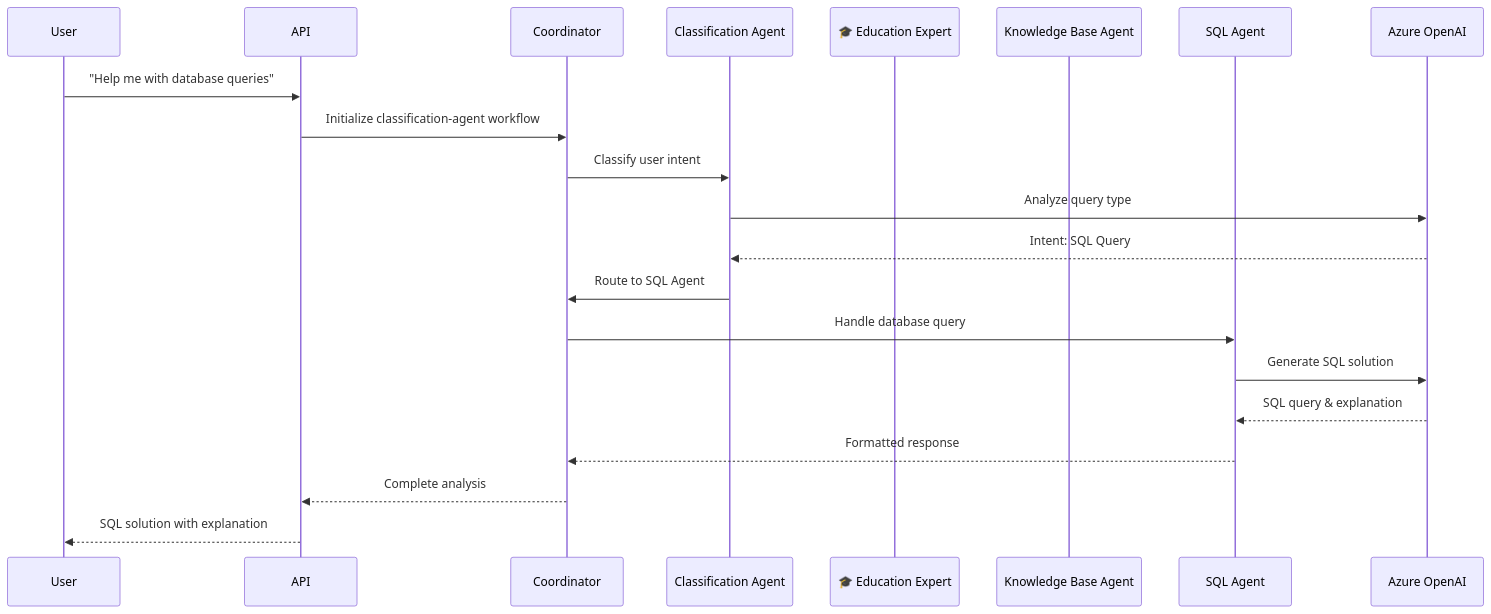
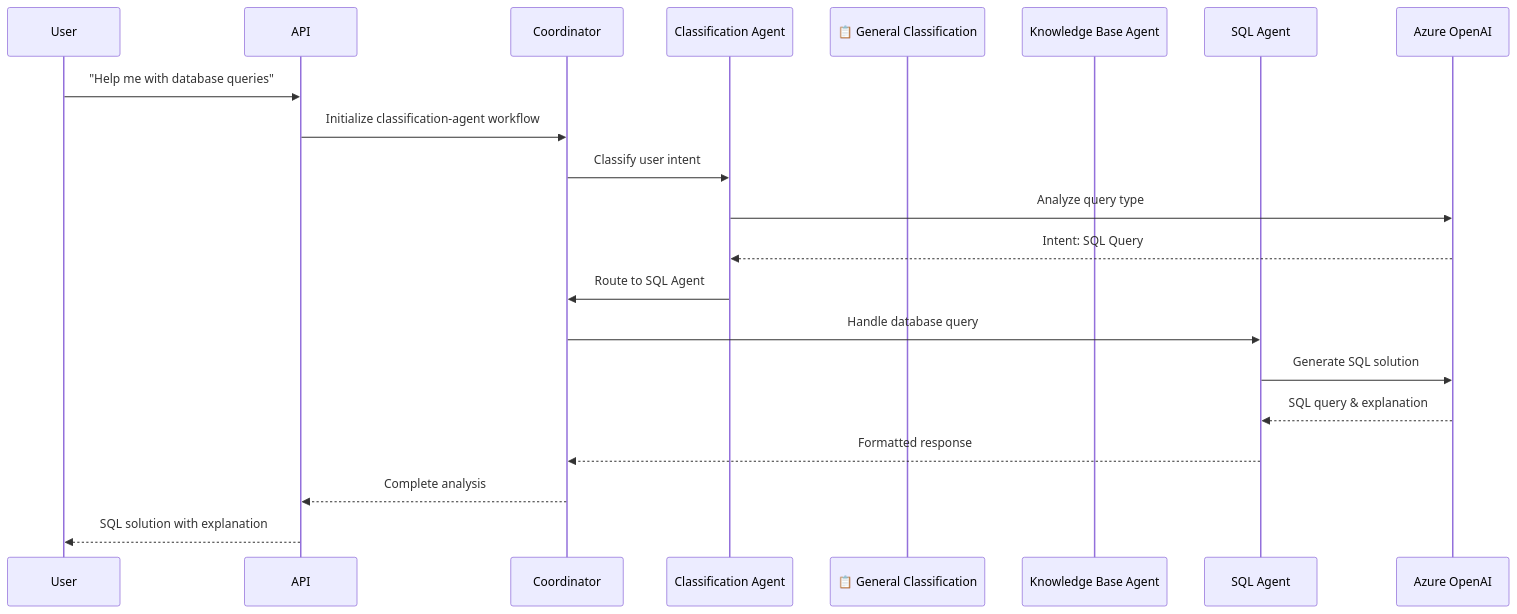
The second of 10 diagrams in docs/workflows/README.md (the-ingenious-dark-knight/Insight_Ingenious), drawn with Mermaid before and after one commit. The commit also changed other lines of this file and 5 other files, not shown here.

````diff
--- a/docs/workflows/README.md
+++ b/docs/workflows/README.md
@@ -98,27 +98,27 @@
 ```mermaid
 sequenceDiagram
     participant User
     participant API
     participant Coordinator
     participant ClassificationAgent as  Classification Agent
-    participant EducationAgent as 🎓 Education Expert
+    participant GeneralAgent as 📋 General Classification
     participant KnowledgeAgent as  Knowledge Base Agent
     participant SQLAgent as  SQL Agent
     participant AzureOpenAI as  Azure OpenAI
 
     User->>API: "Help me with database queries"
     API->>Coordinator: Initialize classification-agent workflow
 
     Coordinator->>ClassificationAgent: Classify user intent
     ClassificationAgent->>AzureOpenAI: Analyze query type
     AzureOpenAI-->>ClassificationAgent: Intent: SQL Query
 
     ClassificationAgent->>Coordinator: Route to SQL Agent
     Coordinator->>SQLAgent: Handle database query
     SQLAgent->>AzureOpenAI: Generate SQL solution
     AzureOpenAI-->>SQLAgent: SQL query & explanation
 
     SQLAgent-->>Coordinator: Formatted response
     Coordinator-->>API: Complete analysis
     API-->>User: SQL solution with explanation
 ```
````
